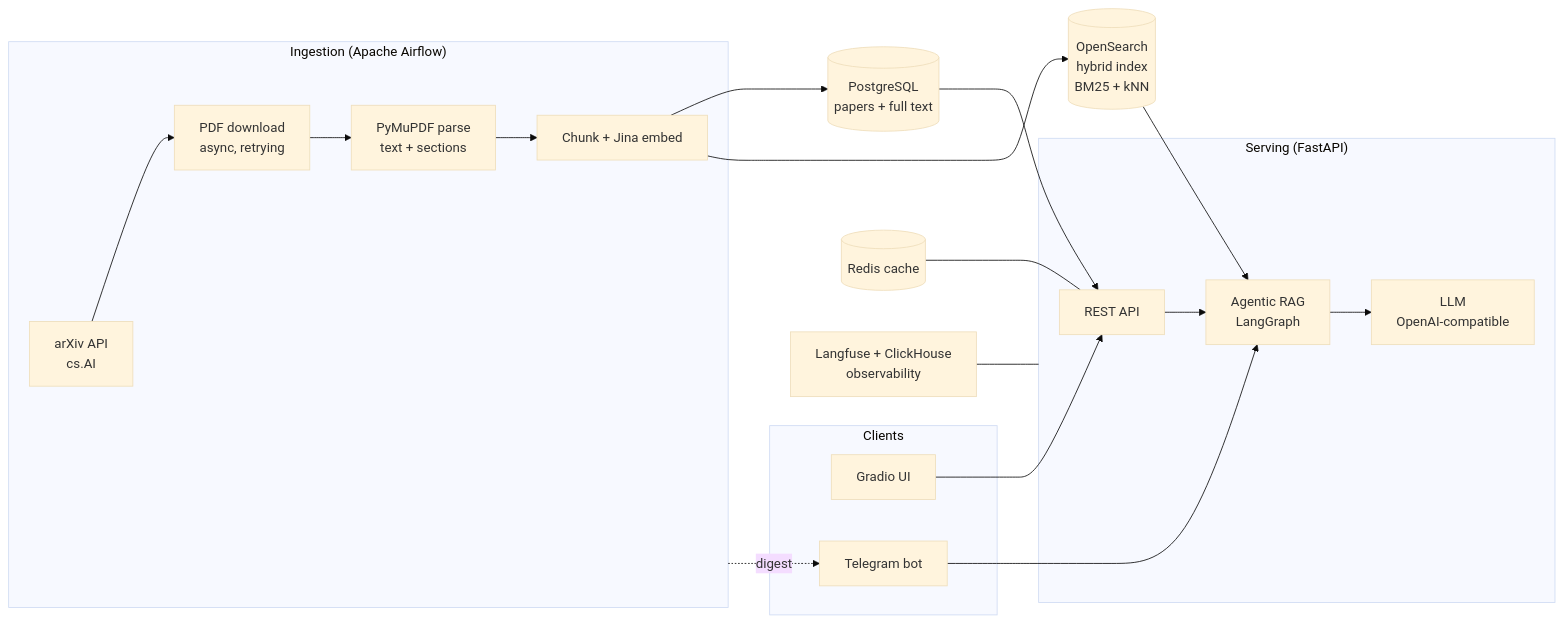
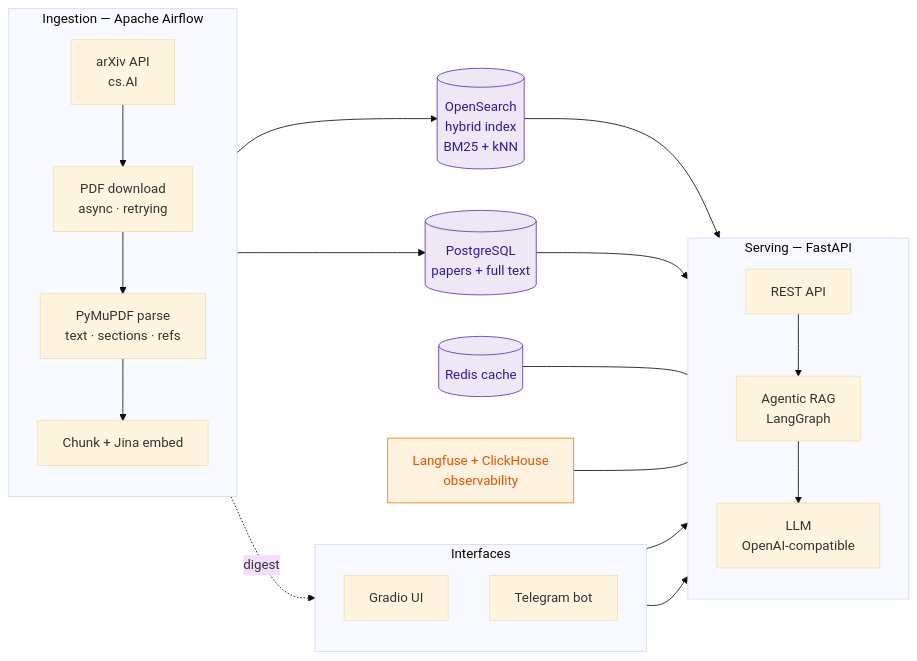
One commit to quangnhanle/research-paper-curator changed the second of 4 diagrams in README.md. Above: the diagram before and after it, drawn with Mermaid (base theme). The commit also changed other lines of this file, not shown here.

Commit message:
fix: config mermaid architect

````diff
--- a/README.md
+++ b/README.md
@@ -35,33 +49,41 @@
 ```mermaid
 flowchart LR
-    subgraph Ingestion["Ingestion (Apache Airflow)"]
-        A[arXiv API<br/>cs.AI] --> B[PDF download<br/>async, retrying]
-        B --> C[PyMuPDF parse<br/>text + sections]
-        C --> D[Chunk + Jina embed]
+    subgraph Ingestion["Ingestion — Apache Airflow"]
+        direction TB
+        A["arXiv API<br/>cs.AI"] --> B["PDF download<br/>async · retrying"]
+        B --> C["PyMuPDF parse<br/>text · sections · refs"]
+        C --> D["Chunk + Jina embed"]
     end
 
-    D --> PG[(PostgreSQL<br/>papers + full text)]
-    D --> OS[(OpenSearch<br/>hybrid index<br/>BM25 + kNN)]
+    D --> PG[("PostgreSQL<br/>papers + full text")]
+    D --> OS[("OpenSearch<br/>hybrid index<br/>BM25 + kNN")]
 
-    subgraph Serving["Serving (FastAPI)"]
-        API[REST API]
-        AG[Agentic RAG<br/>LangGraph]
-        LLM[LLM<br/>OpenAI-compatible]
+    subgraph Serving["Serving — FastAPI"]
+        direction TB
+        API["REST API"]
+        AG["Agentic RAG<br/>LangGraph"]
+        LLM["LLM<br/>OpenAI-compatible"]
     end
 
     OS --> AG
     PG --> API
     AG --> LLM
     API --> AG
 
-    subgraph Clients
-        UI[Gradio UI]
-        TG[Telegram bot]
+    subgraph Clients["Interfaces"]
+        direction TB
+        UI["Gradio UI"]
+        TG["Telegram bot"]
     end
     UI --> API
     TG --> AG
 
-    Redis[(Redis cache)] --- API
-    LF[Langfuse + ClickHouse<br/>observability] --- Serving
+    Redis[("Redis cache")] --- API
+    LF["Langfuse + ClickHouse<br/>observability"] --- Serving
     Ingestion -. digest .-> TG
+
+    classDef store fill:#ede7f6,stroke:#5e35b1,color:#311b92
+    classDef obs fill:#fff3e0,stroke:#f57c00,color:#e65100
+    class PG,OS,Redis store
+    class LF obs
 ```
````
